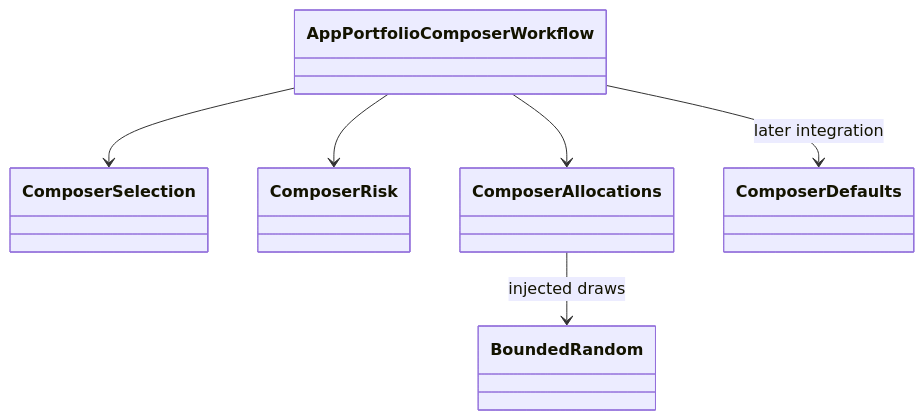
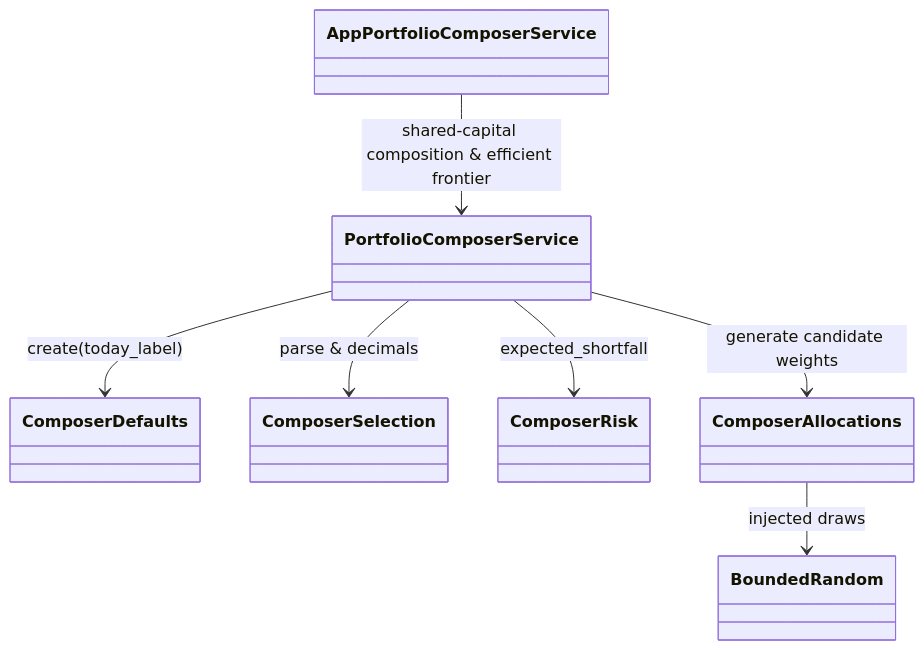
Before and after one commit to haruperi/HaruQuantAI: the diagram in docs/dev/full-reimplementation/10-AppPortfolioComposer.md, drawn with Mermaid. The commit also changed other lines of this file and 5 other files, not shown here.

````diff
--- a/docs/dev/full-reimplementation/10-AppPortfolioComposer.md
+++ b/docs/dev/full-reimplementation/10-AppPortfolioComposer.md
@@ -7,14 +7,16 @@
 ```mermaid
 classDiagram
+  class ComposerDefaults
   class ComposerSelection
   class ComposerRisk
   class ComposerAllocations
   class BoundedRandom
+  class PortfolioComposerService
+  class AppPortfolioComposerService
   ComposerAllocations --> BoundedRandom : injected draws
-  AppPortfolioComposerWorkflow --> ComposerSelection
-  AppPortfolioComposerWorkflow --> ComposerRisk
-  AppPortfolioComposerWorkflow --> ComposerAllocations
-  class ComposerDefaults
-  class AppPortfolioComposerWorkflow
-  AppPortfolioComposerWorkflow --> ComposerDefaults : later integration
+  PortfolioComposerService --> ComposerDefaults : create(today_label)
+  PortfolioComposerService --> ComposerSelection : parse & decimals
+  PortfolioComposerService --> ComposerRisk : expected_shortfall
+  PortfolioComposerService --> ComposerAllocations : generate candidate weights
+  AppPortfolioComposerService --> PortfolioComposerService : shared-capital composition & efficient frontier
 ```
````
